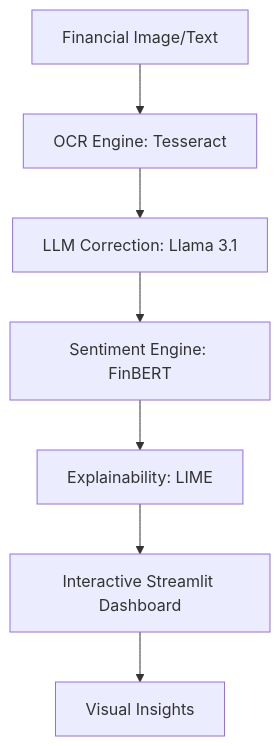
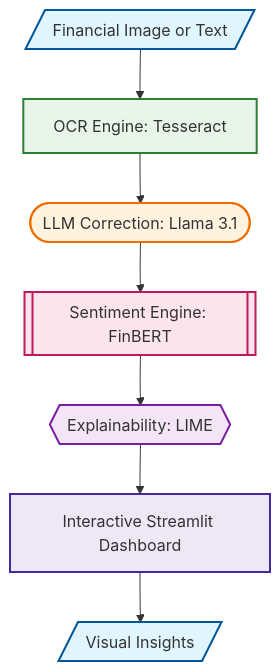
The diagram in README.md (aniketqxp/financial-sentiment-analysis), drawn with Mermaid before and after one commit. The commit also changed other lines of this file, not shown here.

Commit message:
docs: remove decorative icons and apply technical styling to system architecture diagram

````diff
--- a/README.md
+++ b/README.md
@@ -11,9 +11,28 @@
 ```mermaid
 graph TD
-    A[Financial Image/Text] --> B[OCR Engine: Tesseract]
-    B --> C[LLM Correction: Llama 3.1]
-    C --> D[Sentiment Engine: FinBERT]
-    D --> E[Explainability: LIME]
-    E --> F[Interactive Streamlit Dashboard]
-    F --> G[Visual Insights]
+    %% Node Definitions
+    Input[/Financial Image or Text/]
+    OCR[OCR Engine: Tesseract]
+    LLM([LLM Correction: Llama 3.1])
+    FinBERT[[Sentiment Engine: FinBERT]]
+    LIME{{Explainability: LIME}}
+    Dashboard[Interactive Streamlit Dashboard]
+    Insights[/Visual Insights/]
+
+    %% Connections
+    Input --> OCR
+    OCR --> LLM
+    LLM --> FinBERT
+    FinBERT --> LIME
+    LIME --> Dashboard
+    Dashboard --> Insights
+
+    %% Styling
+    style Input fill:#e1f5fe,stroke:#01579b,stroke-width:2px
+    style OCR fill:#e8f5e9,stroke:#2e7d32,stroke-width:2px
+    style LLM fill:#fff3e0,stroke:#ef6c00,stroke-width:2px
+    style FinBERT fill:#fce4ec,stroke:#c2185b,stroke-width:2px
+    style LIME fill:#f3e5f5,stroke:#7b1fa2,stroke-width:2px
+    style Dashboard fill:#ede7f6,stroke:#4527a0,stroke-width:2px
+    style Insights fill:#e1f5fe,stroke:#01579b,stroke-width:2px
 ```
````
